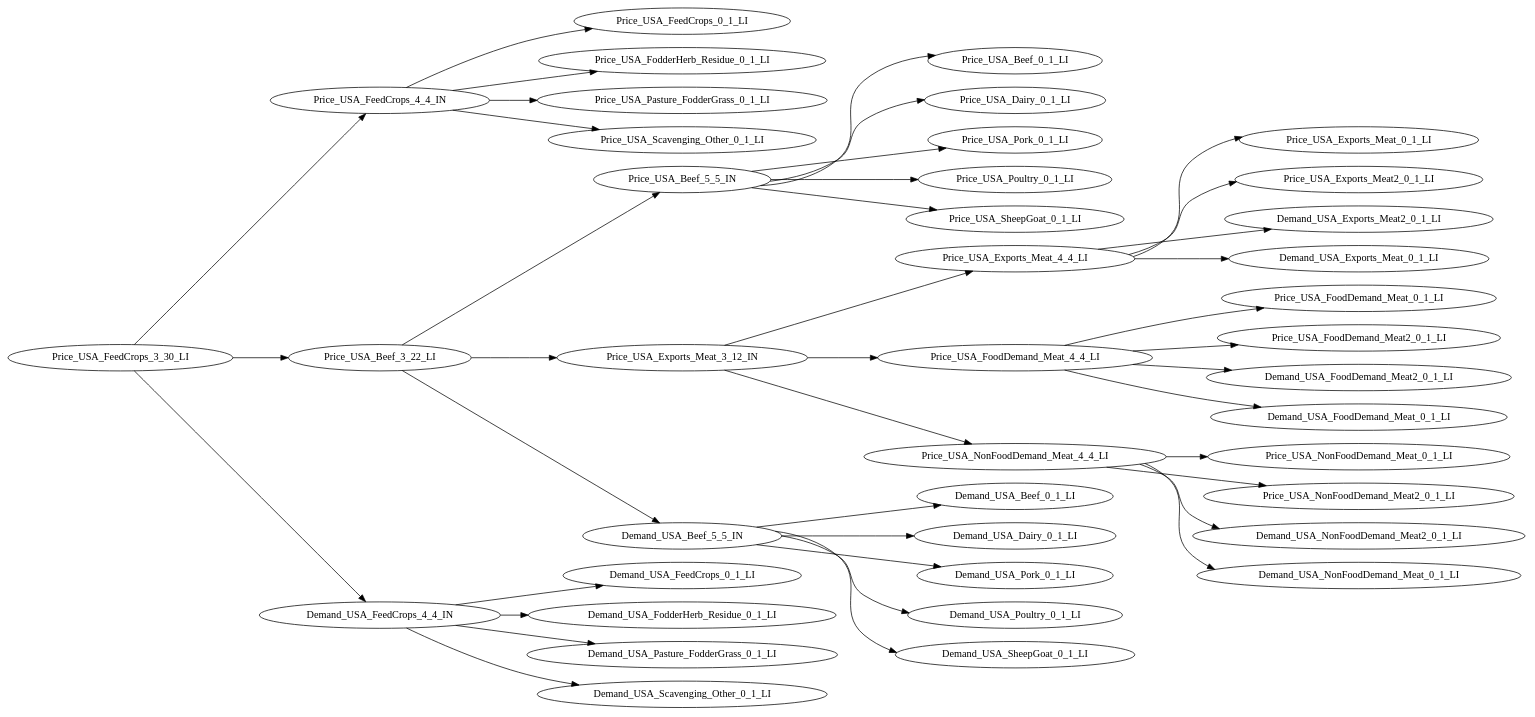
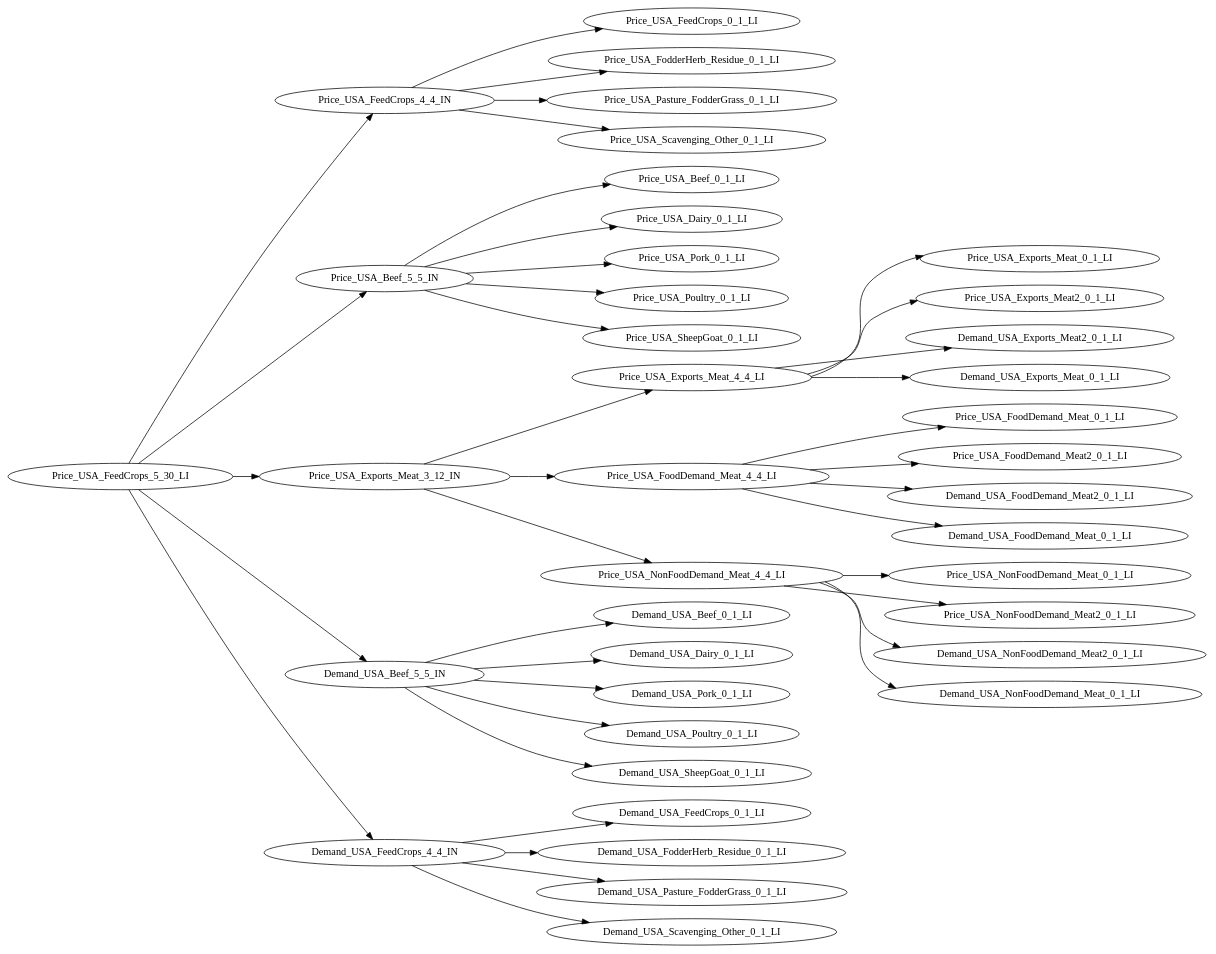
The diagram in output/gcam-usa-c2-clans.dot (rplzzz/tgraph), drawn with Graphviz before and after one commit. The commit also changed 3 other files, not shown here.

```diff
--- a/output/gcam-usa-c2-clans.dot
+++ b/output/gcam-usa-c2-clans.dot
@@ -1,42 +1,41 @@
 digraph ClanTree {
 rankdir=LR
-Price_USA_FeedCrops_3_30_LI -> Price_USA_FeedCrops_4_4_IN;
+Price_USA_FeedCrops_5_30_LI -> Price_USA_FeedCrops_4_4_IN;
 Price_USA_FeedCrops_4_4_IN -> Price_USA_FeedCrops_0_1_LI;
 Price_USA_FeedCrops_4_4_IN -> Price_USA_FodderHerb_Residue_0_1_LI;
 Price_USA_FeedCrops_4_4_IN -> Price_USA_Pasture_FodderGrass_0_1_LI;
 Price_USA_FeedCrops_4_4_IN -> Price_USA_Scavenging_Other_0_1_LI;
-Price_USA_FeedCrops_3_30_LI -> Price_USA_Beef_3_22_LI;
-Price_USA_Beef_3_22_LI -> Price_USA_Beef_5_5_IN;
+Price_USA_FeedCrops_5_30_LI -> Price_USA_Beef_5_5_IN;
 Price_USA_Beef_5_5_IN -> Price_USA_Beef_0_1_LI;
 Price_USA_Beef_5_5_IN -> Price_USA_Dairy_0_1_LI;
 Price_USA_Beef_5_5_IN -> Price_USA_Pork_0_1_LI;
 Price_USA_Beef_5_5_IN -> Price_USA_Poultry_0_1_LI;
 Price_USA_Beef_5_5_IN -> Price_USA_SheepGoat_0_1_LI;
-Price_USA_Beef_3_22_LI -> Price_USA_Exports_Meat_3_12_IN;
+Price_USA_FeedCrops_5_30_LI -> Price_USA_Exports_Meat_3_12_IN;
 Price_USA_Exports_Meat_3_12_IN -> Price_USA_Exports_Meat_4_4_LI;
 Price_USA_Exports_Meat_4_4_LI -> Price_USA_Exports_Meat_0_1_LI;
 Price_USA_Exports_Meat_4_4_LI -> Price_USA_Exports_Meat2_0_1_LI;
 Price_USA_Exports_Meat_4_4_LI -> Demand_USA_Exports_Meat2_0_1_LI;
 Price_USA_Exports_Meat_4_4_LI -> Demand_USA_Exports_Meat_0_1_LI;
 Price_USA_Exports_Meat_3_12_IN -> Price_USA_FoodDemand_Meat_4_4_LI;
 Price_USA_FoodDemand_Meat_4_4_LI -> Price_USA_FoodDemand_Meat_0_1_LI;
 Price_USA_FoodDemand_Meat_4_4_LI -> Price_USA_FoodDemand_Meat2_0_1_LI;
 Price_USA_FoodDemand_Meat_4_4_LI -> Demand_USA_FoodDemand_Meat2_0_1_LI;
 Price_USA_FoodDemand_Meat_4_4_LI -> Demand_USA_FoodDemand_Meat_0_1_LI;
 Price_USA_Exports_Meat_3_12_IN -> Price_USA_NonFoodDemand_Meat_4_4_LI;
 Price_USA_NonFoodDemand_Meat_4_4_LI -> Price_USA_NonFoodDemand_Meat_0_1_LI;
 Price_USA_NonFoodDemand_Meat_4_4_LI -> Price_USA_NonFoodDemand_Meat2_0_1_LI;
 Price_USA_NonFoodDemand_Meat_4_4_LI -> Demand_USA_NonFoodDemand_Meat2_0_1_LI;
 Price_USA_NonFoodDemand_Meat_4_4_LI -> Demand_USA_NonFoodDemand_Meat_0_1_LI;
-Price_USA_Beef_3_22_LI -> Demand_USA_Beef_5_5_IN;
+Price_USA_FeedCrops_5_30_LI -> Demand_USA_Beef_5_5_IN;
 Demand_USA_Beef_5_5_IN -> Demand_USA_Beef_0_1_LI;
 Demand_USA_Beef_5_5_IN -> Demand_USA_Dairy_0_1_LI;
 Demand_USA_Beef_5_5_IN -> Demand_USA_Pork_0_1_LI;
 Demand_USA_Beef_5_5_IN -> Demand_USA_Poultry_0_1_LI;
 Demand_USA_Beef_5_5_IN -> Demand_USA_SheepGoat_0_1_LI;
-Price_USA_FeedCrops_3_30_LI -> Demand_USA_FeedCrops_4_4_IN;
+Price_USA_FeedCrops_5_30_LI -> Demand_USA_FeedCrops_4_4_IN;
 Demand_USA_FeedCrops_4_4_IN -> Demand_USA_FeedCrops_0_1_LI;
 Demand_USA_FeedCrops_4_4_IN -> Demand_USA_FodderHerb_Residue_0_1_LI;
 Demand_USA_FeedCrops_4_4_IN -> Demand_USA_Pasture_FodderGrass_0_1_LI;
 Demand_USA_FeedCrops_4_4_IN -> Demand_USA_Scavenging_Other_0_1_LI;
 }
```
